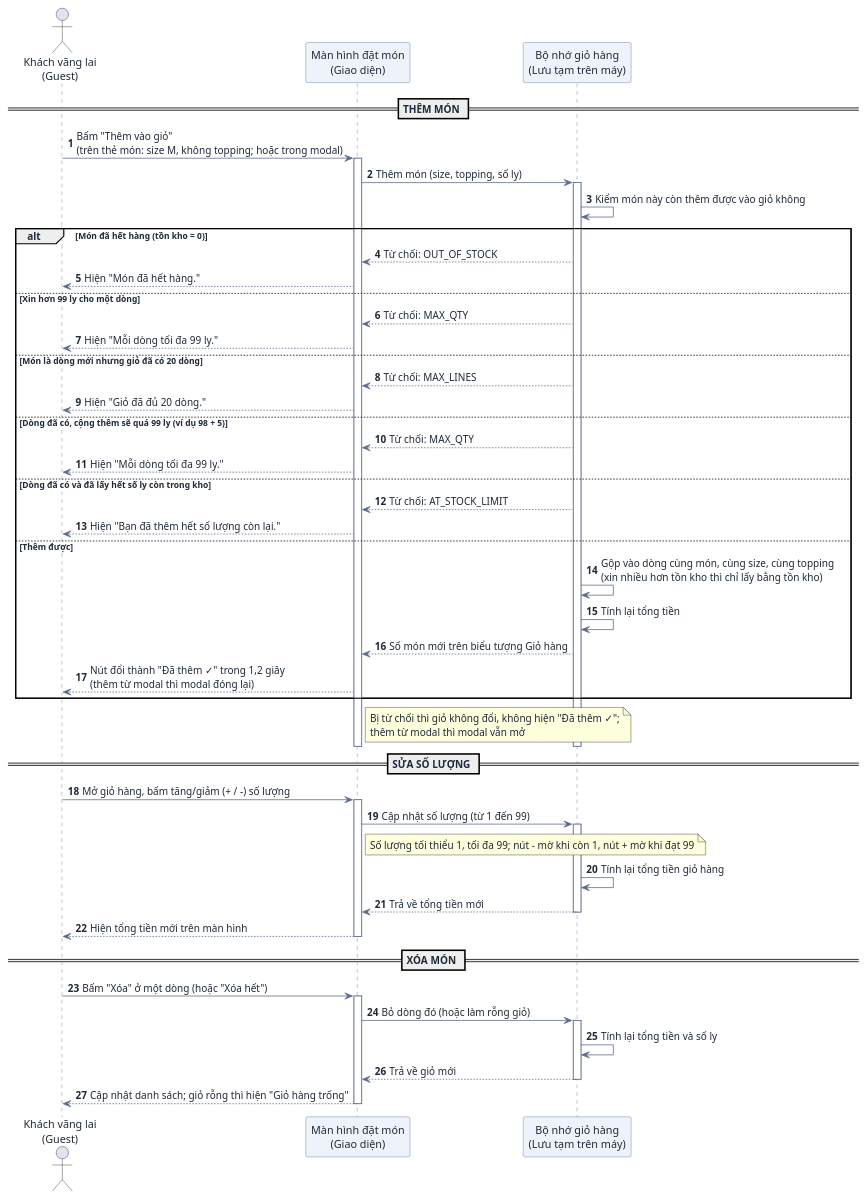
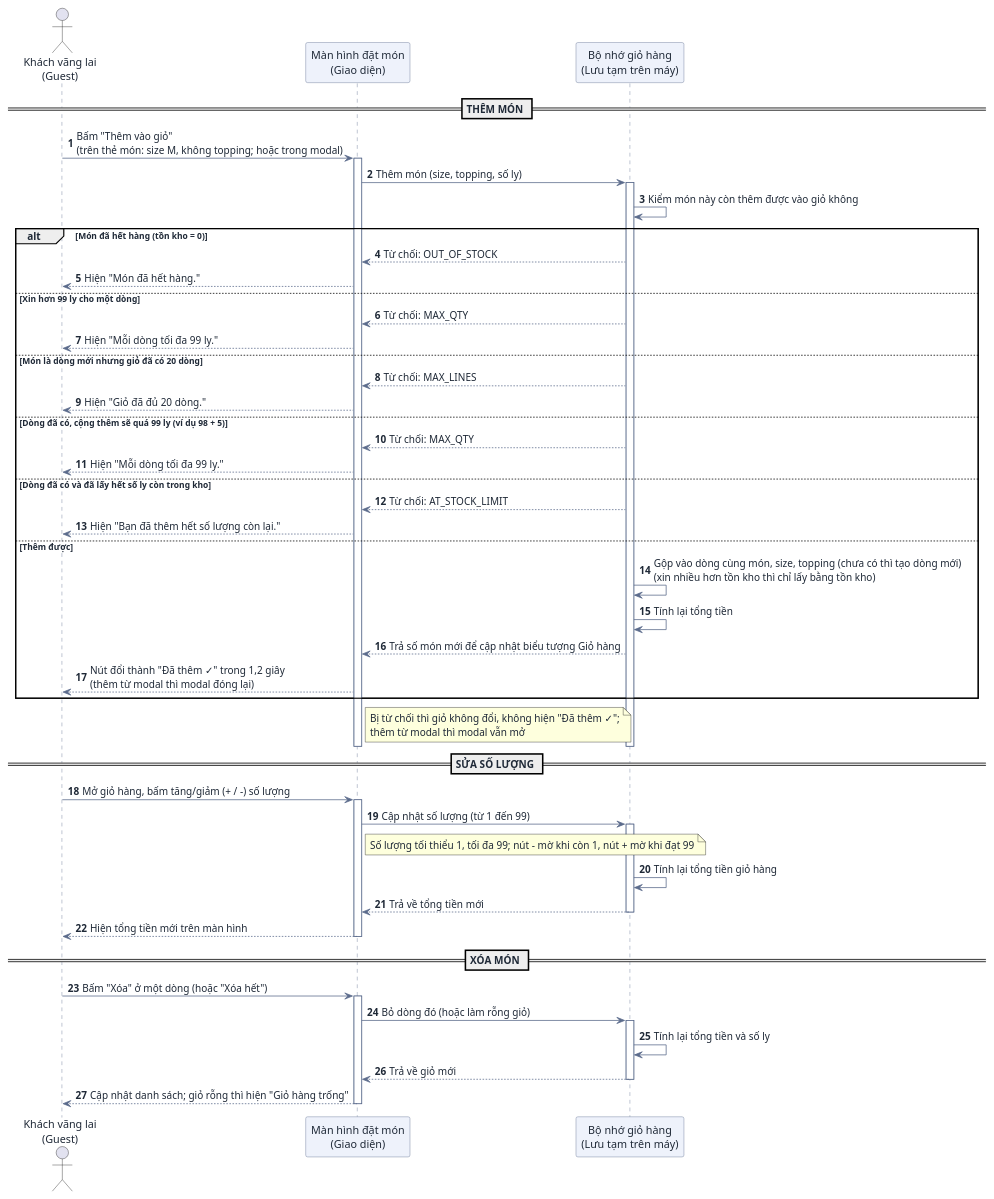
Before and after one commit to DuVinhLoi/BrewLite: the second of 10 diagrams in docs/user-sequence-specifications.md, drawn with PlantUML. The commit also changed other lines of this file, not shown here.

Commit message:
docs: align sequence diagrams with code after review

````diff
--- a/docs/user-sequence-specifications.md
+++ b/docs/user-sequence-specifications.md
@@ -185,68 +185,68 @@
 ```plantuml
 @startuml
 skinparam DefaultFontColor #1f2937
 skinparam ArrowColor #5b6b8c
 skinparam SequenceParticipantBackgroundColor #eef2fb
 skinparam SequenceParticipantBorderColor #5b6b8c
 skinparam SequenceLifeLineBorderColor #5b6b8c
 
 autonumber
 actor "Khách vãng lai\n(Guest)" as User
 participant "Màn hình đặt món\n(Giao diện)" as UI
 participant "Bộ nhớ giỏ hàng\n(Lưu tạm trên máy)" as Cart
 
 == THÊM MÓN ==
 User -> UI : Bấm "Thêm vào giỏ"\n(trên thẻ món: size M, không topping; hoặc trong modal)
 activate UI
 UI -> Cart : Thêm món (size, topping, số ly)
 activate Cart
 Cart -> Cart : Kiểm món này còn thêm được vào giỏ không
 alt Món đã hết hàng (tồn kho = 0)
   Cart --> UI : Từ chối: OUT_OF_STOCK
   UI --> User : Hiện "Món đã hết hàng."
 else Xin hơn 99 ly cho một dòng
   Cart --> UI : Từ chối: MAX_QTY
   UI --> User : Hiện "Mỗi dòng tối đa 99 ly."
 else Món là dòng mới nhưng giỏ đã có 20 dòng
   Cart --> UI : Từ chối: MAX_LINES
   UI --> User : Hiện "Giỏ đã đủ 20 dòng."
 else Dòng đã có, cộng thêm sẽ quá 99 ly (ví dụ 98 + 5)
   Cart --> UI : Từ chối: MAX_QTY
   UI --> User : Hiện "Mỗi dòng tối đa 99 ly."
 else Dòng đã có và đã lấy hết số ly còn trong kho
   Cart --> UI : Từ chối: AT_STOCK_LIMIT
   UI --> User : Hiện "Bạn đã thêm hết số lượng còn lại."
 else Thêm được
-  Cart -> Cart : Gộp vào dòng cùng món, cùng size, cùng topping\n(xin nhiều hơn tồn kho thì chỉ lấy bằng tồn kho)
+  Cart -> Cart : Gộp vào dòng cùng món, size, topping (chưa có thì tạo dòng mới)\n(xin nhiều hơn tồn kho thì chỉ lấy bằng tồn kho)
   Cart -> Cart : Tính lại tổng tiền
-  Cart --> UI : Số món mới trên biểu tượng Giỏ hàng
+  Cart --> UI : Trả số món mới để cập nhật biểu tượng Giỏ hàng
   UI --> User : Nút đổi thành "Đã thêm ✓" trong 1,2 giây\n(thêm từ modal thì modal đóng lại)
 end
 note right of UI : Bị từ chối thì giỏ không đổi, không hiện "Đã thêm ✓";\nthêm từ modal thì modal vẫn mở
 deactivate Cart
 deactivate UI
 
 == SỬA SỐ LƯỢNG ==
 User -> UI : Mở giỏ hàng, bấm tăng/giảm (+ / -) số lượng
 activate UI
 UI -> Cart : Cập nhật số lượng (từ 1 đến 99)
 note right of UI : Số lượng tối thiểu 1, tối đa 99; nút - mờ khi còn 1, nút + mờ khi đạt 99
 activate Cart
 Cart -> Cart : Tính lại tổng tiền giỏ hàng
 Cart --> UI : Trả về tổng tiền mới
 deactivate Cart
 UI --> User : Hiện tổng tiền mới trên màn hình
 deactivate UI
 
 == XÓA MÓN ==
 User -> UI : Bấm "Xóa" ở một dòng (hoặc "Xóa hết")
 activate UI
 UI -> Cart : Bỏ dòng đó (hoặc làm rỗng giỏ)
 activate Cart
 Cart -> Cart : Tính lại tổng tiền và số ly
 Cart --> UI : Trả về giỏ mới
 deactivate Cart
 UI --> User : Cập nhật danh sách; giỏ rỗng thì hiện "Giỏ hàng trống"
 deactivate UI
 @enduml
 ```
````
